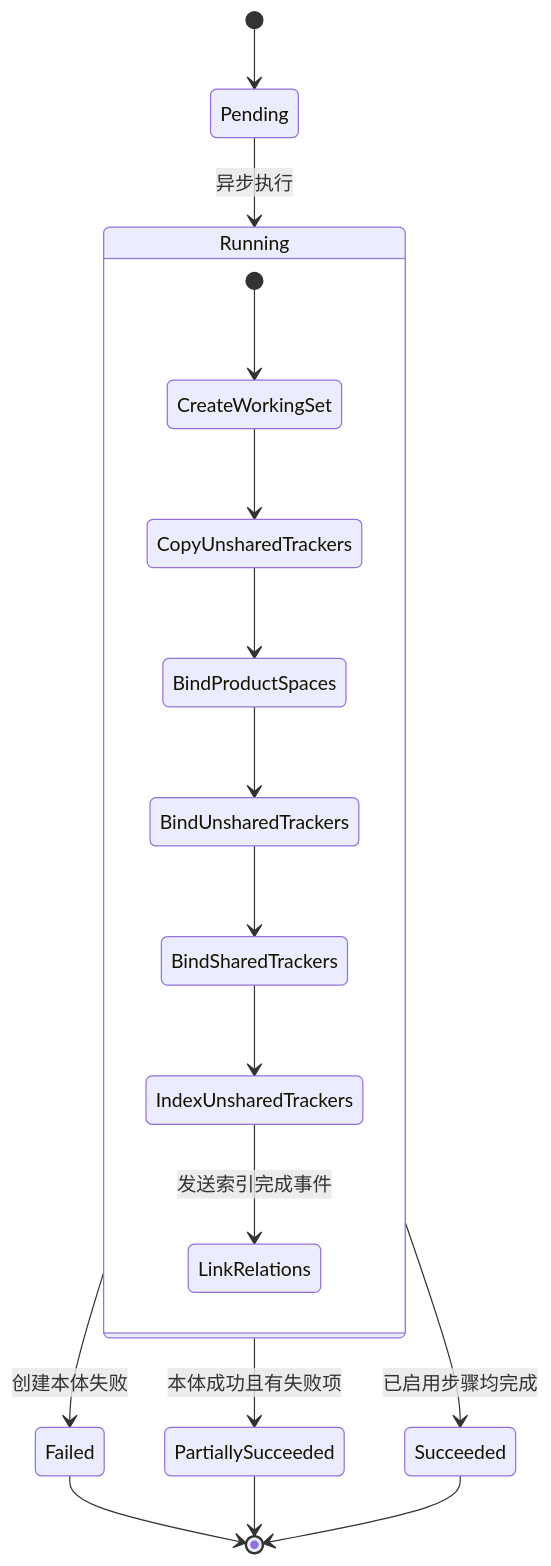
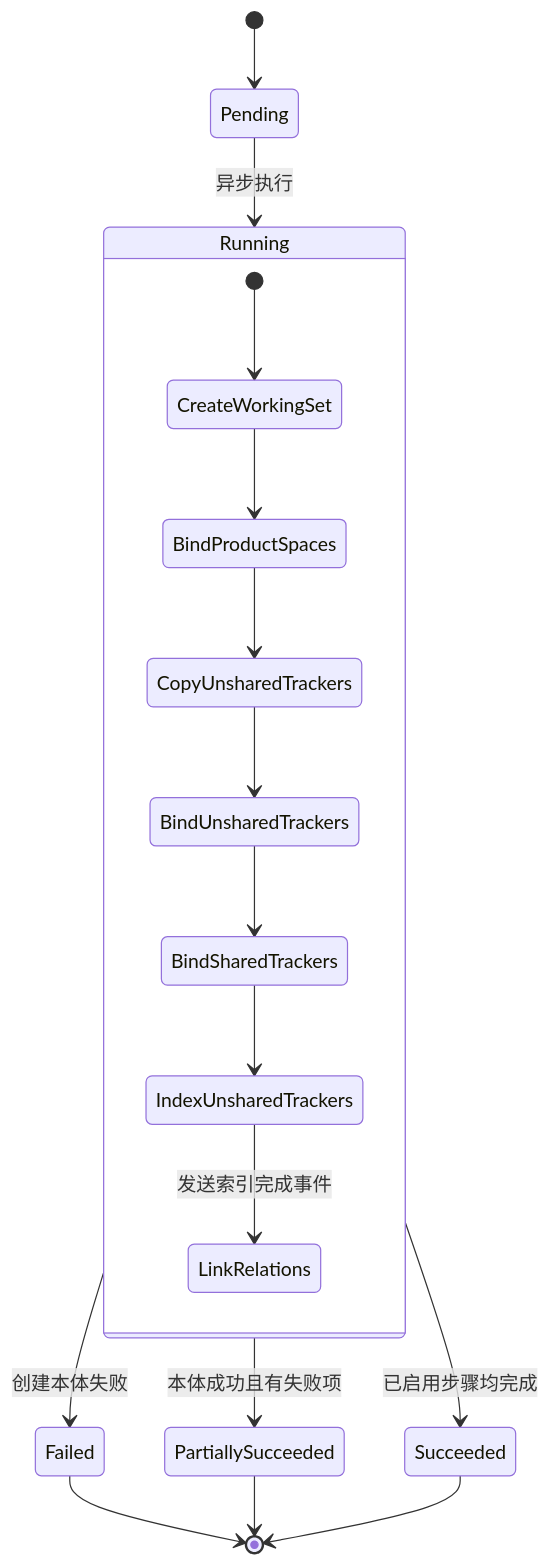
One commit to Greytrack/ddd-workingset changed the diagram in docs/working-set/diagrams/working-set-creation-lro.md. Above: the diagram before and after it, drawn with Mermaid. The commit also changed 7 other files, not shown here.

````diff
--- a/docs/working-set/diagrams/working-set-creation-lro.md
+++ b/docs/working-set/diagrams/working-set-creation-lro.md
@@ -5,20 +5,20 @@
 ```mermaid
 stateDiagram-v2
     [*] --> Pending
     Pending --> Running: 异步执行
     state Running {
         [*] --> CreateWorkingSet
-        CreateWorkingSet --> CopyUnsharedTrackers
-        CopyUnsharedTrackers --> BindProductSpaces
-        BindProductSpaces --> BindUnsharedTrackers
+        CreateWorkingSet --> BindProductSpaces
+        BindProductSpaces --> CopyUnsharedTrackers
+        CopyUnsharedTrackers --> BindUnsharedTrackers
         BindUnsharedTrackers --> BindSharedTrackers
         BindSharedTrackers --> IndexUnsharedTrackers
         IndexUnsharedTrackers --> LinkRelations: 发送索引完成事件
     }
     Running --> Failed: 创建本体失败
     Running --> PartiallySucceeded: 本体成功且有失败项
     Running --> Succeeded: 已启用步骤均完成
     Failed --> [*]
     PartiallySucceeded --> [*]
     Succeeded --> [*]
 ```
````
